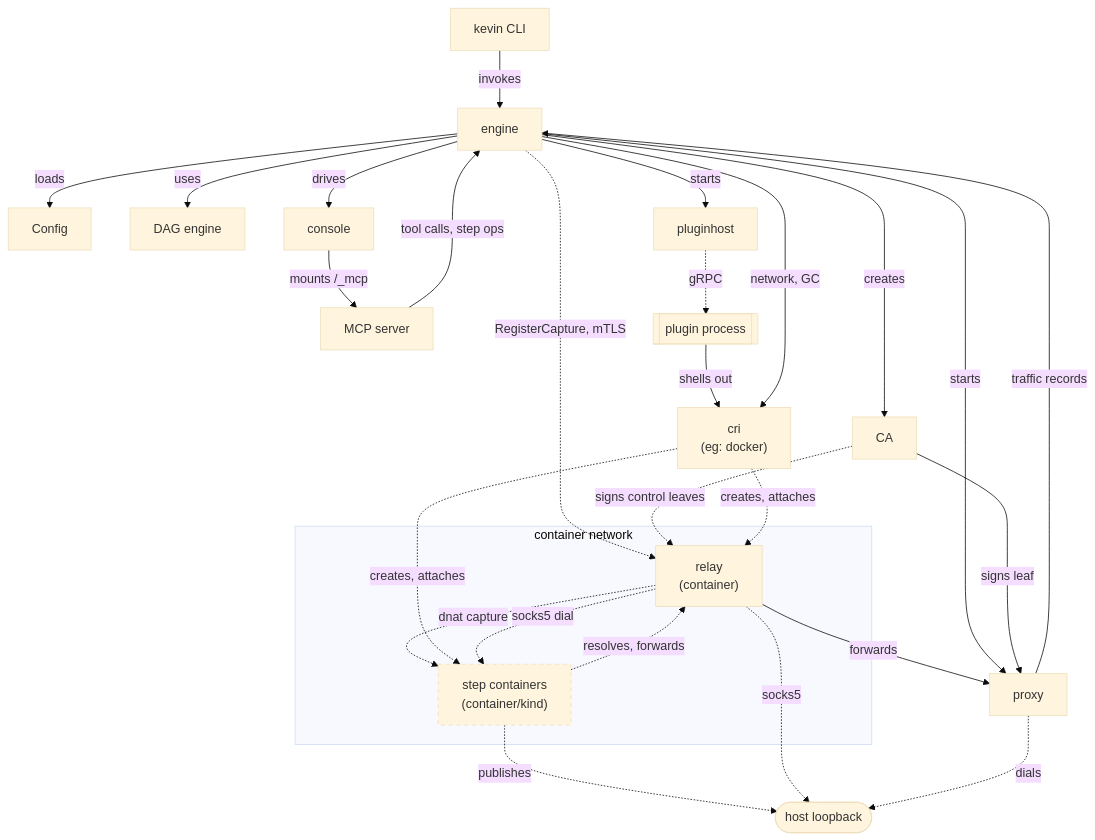
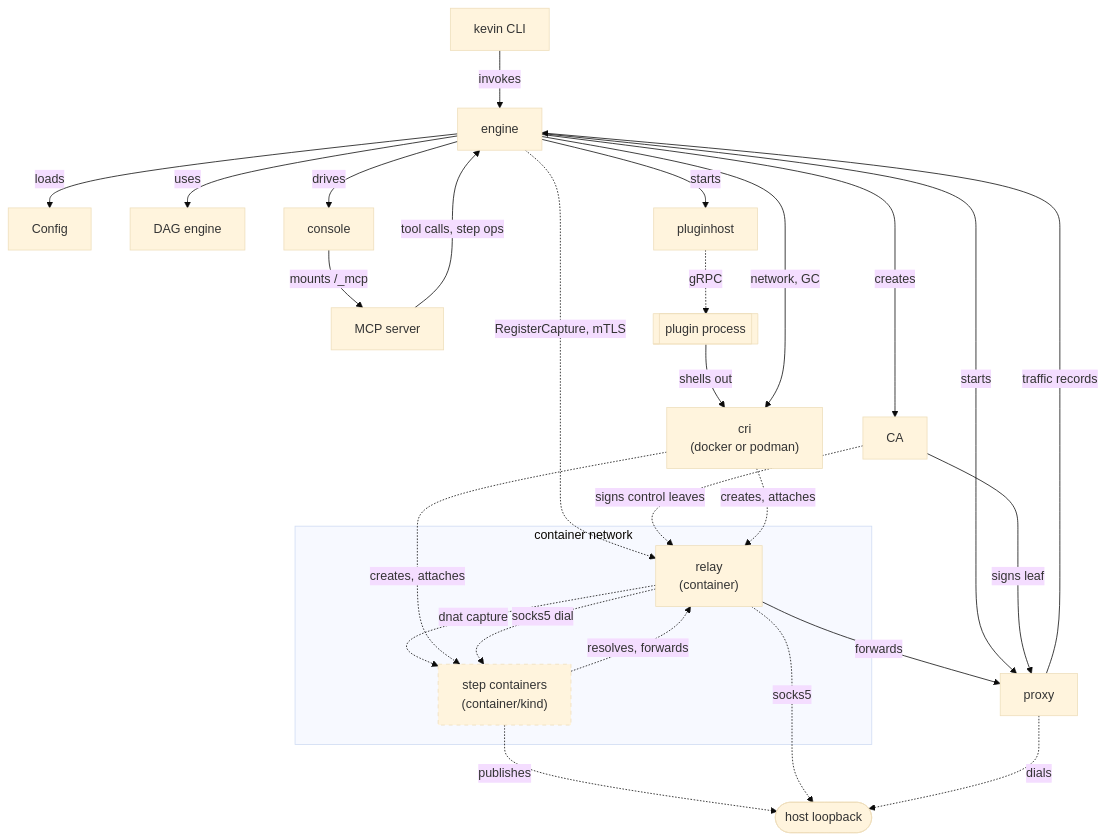
Before and after one commit to justenwalker/kevin: the diagram in docs/site/content/docs/concepts/architecture.md, drawn with Mermaid (base theme). The commit also changed other lines of this file and 16 other files, not shown here.

````diff
--- a/docs/site/content/docs/concepts/architecture.md
+++ b/docs/site/content/docs/concepts/architecture.md
@@ -12,49 +12,49 @@
 ```mermaid
 graph TD
     CLI["kevin CLI"]
     ENG[engine]
     CFG["Config"]
     DAG["DAG engine"]
     HOST[pluginhost]
     CON[console]
     CA["CA"]
     MCPN[MCP server]
     PLUG[["plugin process"]]
-    CRI["cri<br/>(eg: docker)"]
+    CRI["cri<br/>(docker or podman)"]
     PROXY[proxy]
     LOOP(["host loopback"])
 
     subgraph DOCKERNET["container network"]
         RELAY["relay<br/>(container)"]
         STEPC["step containers<br/>(container/kind)"]
     end
 
     CLI -->|invokes| ENG
     ENG -->|loads| CFG
     ENG -->|uses| DAG
     ENG -->|starts| HOST
     ENG -->|drives| CON
     ENG -->|creates| CA
     CON -->|mounts /_mcp| MCPN
     MCPN -->|tool calls, step ops| ENG
     HOST -.gRPC.-> PLUG
     PLUG -->|shells out| CRI
     ENG -->|network, GC| CRI
     STEPC -.->|publishes| LOOP
     STEPC -.->|resolves, forwards| RELAY
     RELAY -.->|dnat capture| STEPC
     RELAY -.->|socks5| LOOP
     PROXY -.->|dials| LOOP
     RELAY -->|forwards| PROXY
     ENG -->|starts| PROXY
     ENG -.->|RegisterCapture, mTLS| RELAY
     CA -->|signs leaf| PROXY
     CA -.->|signs control leaves| RELAY
     CRI -.->|creates, attaches| RELAY
     CRI -.->|creates, attaches| STEPC
     RELAY -.->|socks5 dial| STEPC
     PROXY -->|traffic records| ENG
 
     classDef dashedNode stroke-dasharray: 5 5
     class STEPC dashedNode
 ```
````
